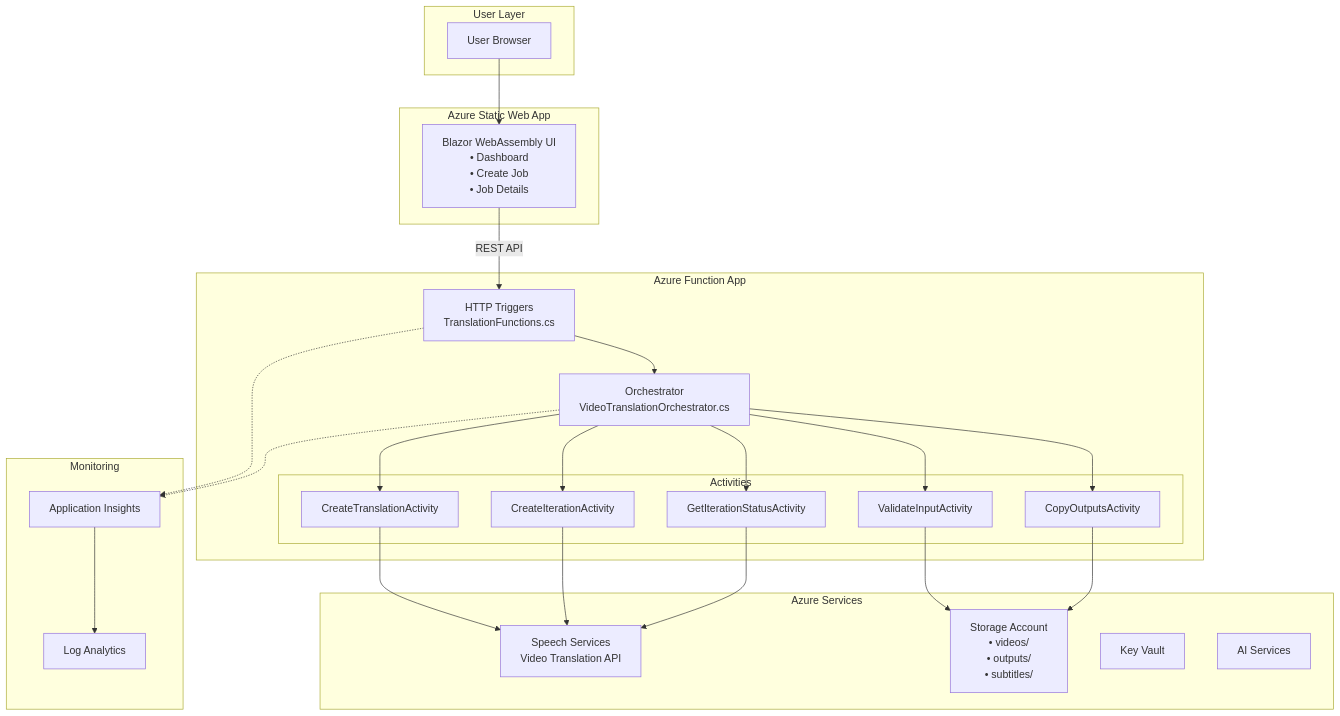
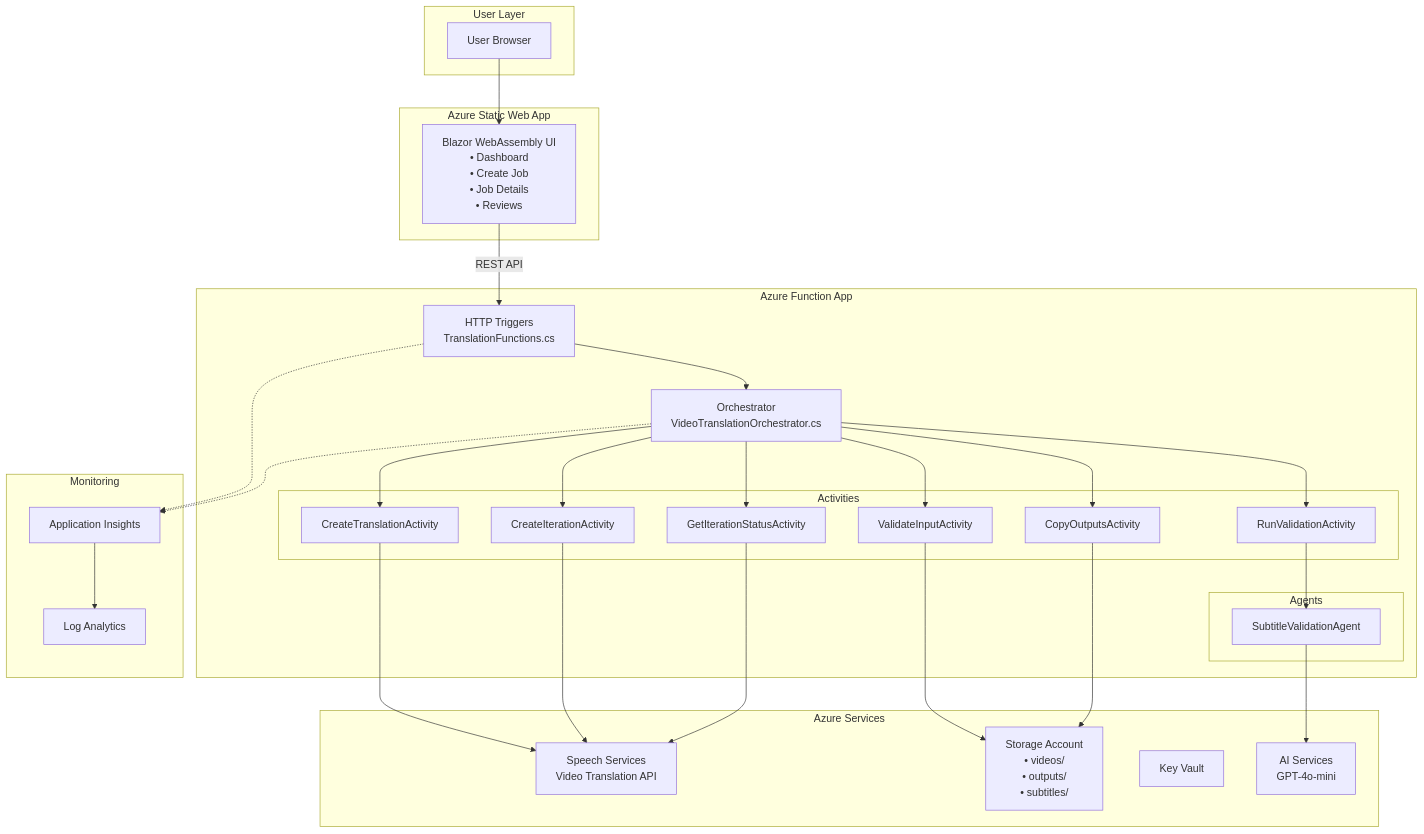
Before and after one commit to haslam93/FY26AMA-Capstone-AI-Video-Translation: the first of 14 diagrams in docs/architecture.md, drawn with Mermaid. The commit also changed other lines of this file and 4 other files, not shown here.

````diff
--- a/docs/architecture.md
+++ b/docs/architecture.md
@@ -43,54 +43,62 @@
 ```mermaid
 graph TB
     subgraph "User Layer"
         Browser[User Browser]
     end
 
     subgraph "Azure Static Web App"
-        BlazorUI[Blazor WebAssembly UI<br/>• Dashboard<br/>• Create Job<br/>• Job Details]
+        BlazorUI[Blazor WebAssembly UI<br/>• Dashboard<br/>• Create Job<br/>• Job Details<br/>• Reviews]
     end
 
     subgraph "Azure Function App"
         HTTP[HTTP Triggers<br/>TranslationFunctions.cs]
         Orch[Orchestrator<br/>VideoTranslationOrchestrator.cs]
         
         subgraph "Activities"
             A1[ValidateInputActivity]
             A2[CreateTranslationActivity]
             A3[CreateIterationActivity]
             A4[GetIterationStatusActivity]
             A5[CopyOutputsActivity]
+            A6[RunValidationActivity]
+        end
+        
+        subgraph "Agents"
+            Agent[SubtitleValidationAgent]
         end
     end
 
     subgraph "Azure Services"
         Speech[Speech Services<br/>Video Translation API]
         Storage[Storage Account<br/>• videos/<br/>• outputs/<br/>• subtitles/]
         KV[Key Vault]
-        AI[AI Services]
+        AI[AI Services<br/>GPT-4o-mini]
     end
 
     subgraph "Monitoring"
         AppIns[Application Insights]
         LogAna[Log Analytics]
     end
 
     Browser --> BlazorUI
     BlazorUI -->|REST API| HTTP
     HTTP --> Orch
     Orch --> A1
     Orch --> A2
     Orch --> A3
     Orch --> A4
     Orch --> A5
+    Orch --> A6
+    A6 --> Agent
+    Agent --> AI
     
     A1 --> Storage
     A2 --> Speech
     A3 --> Speech
     A4 --> Speech
     A5 --> Storage
     
     HTTP -.-> AppIns
     Orch -.-> AppIns
     AppIns --> LogAna
 ```
````
